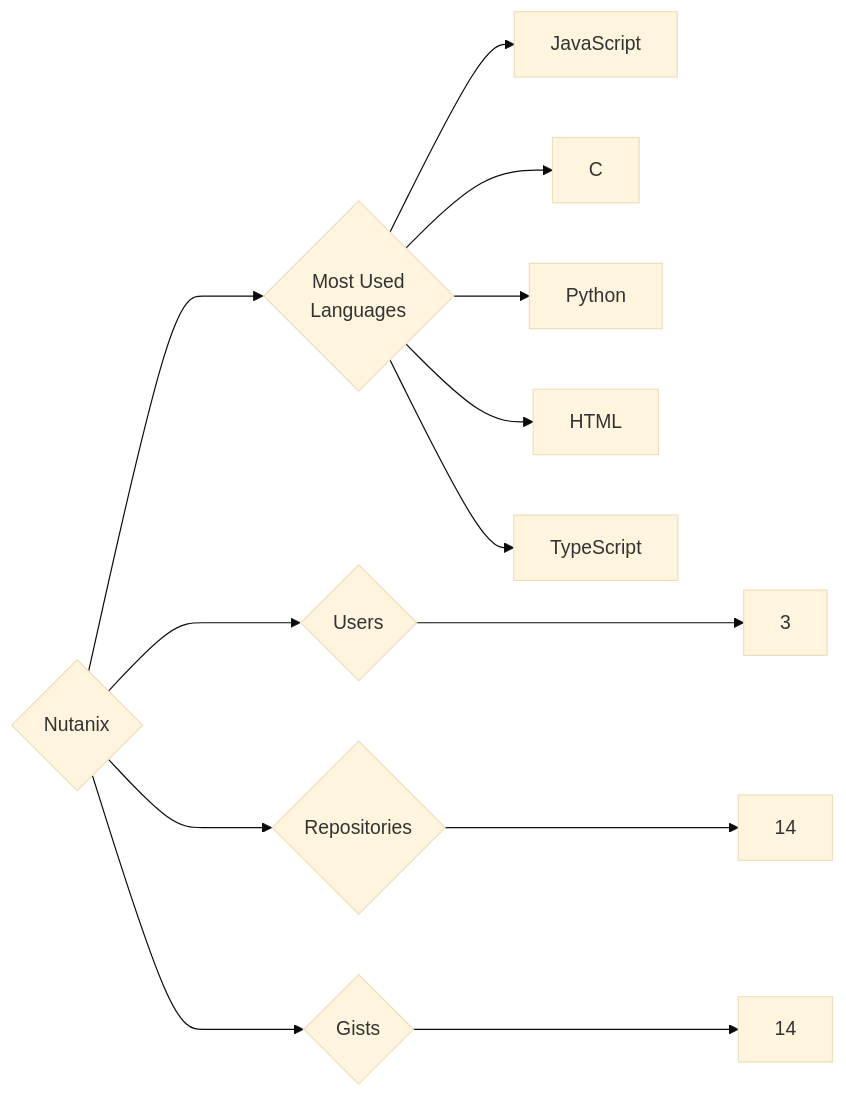
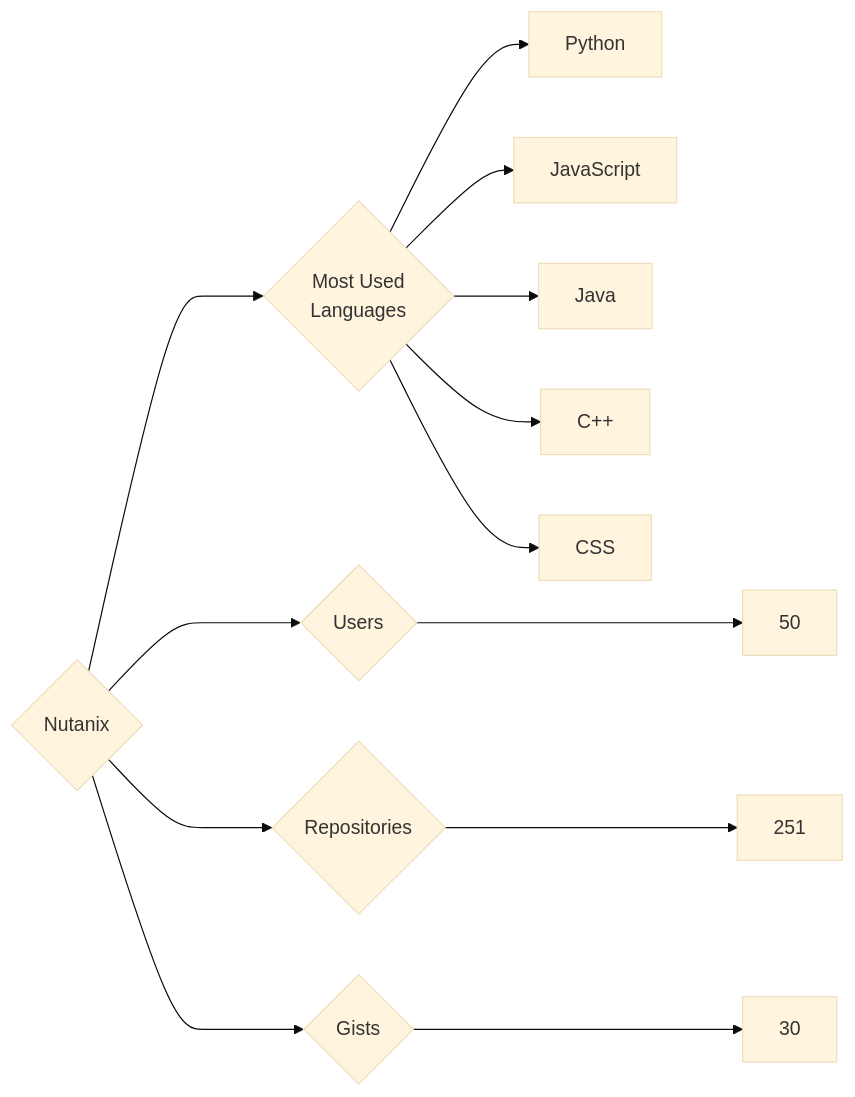
One commit to trickest/insiders changed the diagram in targets/Nutanix/README.md. Above: the diagram before and after it, drawn with Mermaid (base theme). The commit also changed 597 other files, not shown here.

````diff
--- a/targets/Nutanix/README.md
+++ b/targets/Nutanix/README.md
@@ -3,13 +3,13 @@
 ```mermaid
 graph LR
 COMPANY_NAME{Nutanix}
-COMPANY_NAME ---> U{Users} ---> UN[3]
-COMPANY_NAME ---> R{Repositories} ---> RN[14]
-COMPANY_NAME ---> G{Gists} ---> GN[14]
+COMPANY_NAME ---> U{Users} ---> UN[50]
+COMPANY_NAME ---> R{Repositories} ---> RN[251]
+COMPANY_NAME ---> G{Gists} ---> GN[30]
 COMPANY_NAME ---> ML{Most Used<br>Languages}
+ML --> Python[Python]
 ML --> JavaScript[JavaScript]
-ML --> C[C]
-ML --> Python[Python]
-ML --> HTML[HTML]
-ML --> TypeScript[TypeScript]
+ML --> Java[Java]
+ML --> C++[C++]
+ML --> CSS[CSS]
 ```
````
